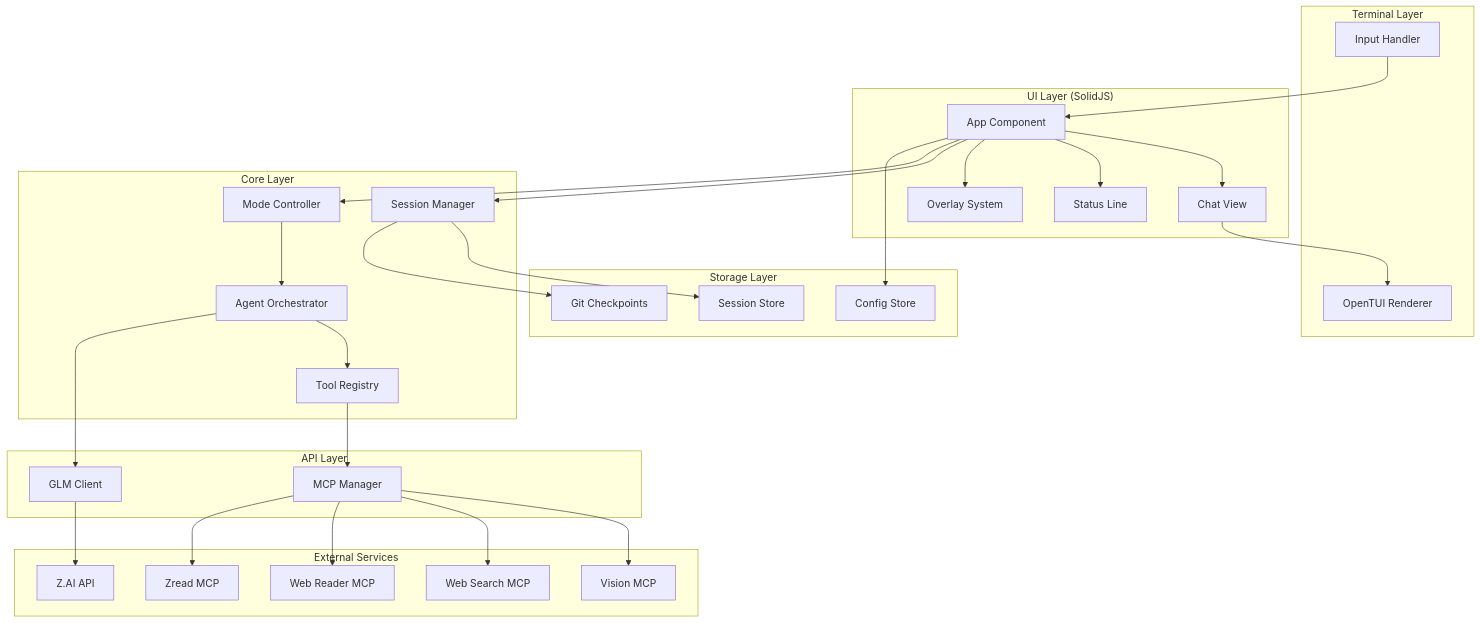
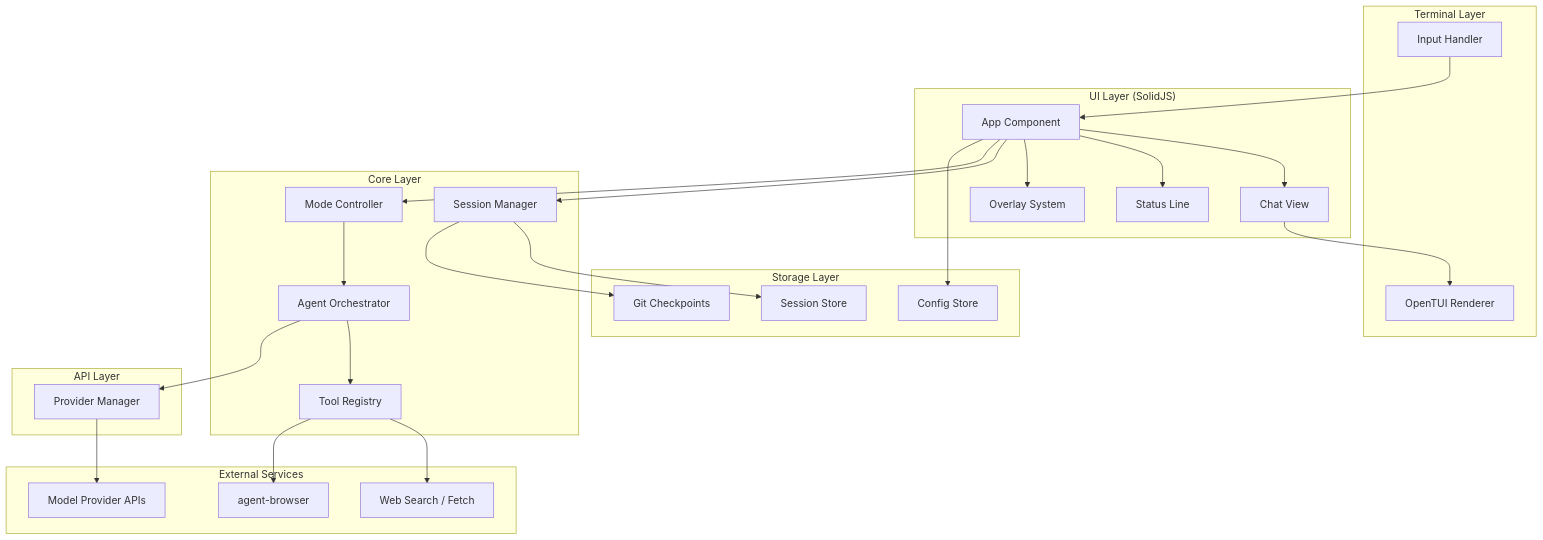
One commit to spenceriam/impulse changed the first of 2 diagrams in docs/Design.md. Above: the diagram before and after it, drawn with Mermaid. The commit also changed other lines of this file and 54 other files, not shown here.

First line of the commit message:
feat: restore TUI flow and web research

````diff
--- a/docs/Design.md
+++ b/docs/Design.md
@@ -25,63 +25,57 @@
 ```mermaid
 flowchart TB
     subgraph Terminal["Terminal Layer"]
         Input[Input Handler]
         Render[OpenTUI Renderer]
     end
 
     subgraph UI["UI Layer (SolidJS)"]
         App[App Component]
         Chat[Chat View]
         Status[Status Line]
         Overlay[Overlay System]
     end
 
     subgraph Core["Core Layer"]
         Session[Session Manager]
         Mode[Mode Controller]
         Agent[Agent Orchestrator]
         Tools[Tool Registry]
     end
 
     subgraph API["API Layer"]
-        GLM[GLM Client]
-        MCP[MCP Manager]
+        Provider[Provider Manager]
     end
 
     subgraph External["External Services"]
-        ZAPI[Z.AI API]
-        Vision[Vision MCP]
-        Search[Web Search MCP]
-        Reader[Web Reader MCP]
-        Zread[Zread MCP]
+        ModelAPI[Model Provider APIs]
+        Web[Web Search / Fetch]
+        Browser[agent-browser]
     end
 
     subgraph Storage["Storage Layer"]
         Config[Config Store]
         Sessions[Session Store]
         Git[Git Checkpoints]
     end
 
     Input --> App
     App --> Chat
     App --> Status
     App --> Overlay
     Chat --> Render
 
     App --> Session
     App --> Mode
     Mode --> Agent
     Agent --> Tools
-    Agent --> GLM
+    Agent --> Provider
 
-    GLM --> ZAPI
-    Tools --> MCP
-    MCP --> Vision
-    MCP --> Search
-    MCP --> Reader
-    MCP --> Zread
+    Provider --> ModelAPI
+    Tools --> Web
+    Tools --> Browser
 
     Session --> Sessions
     Session --> Git
     App --> Config
 ```
````
